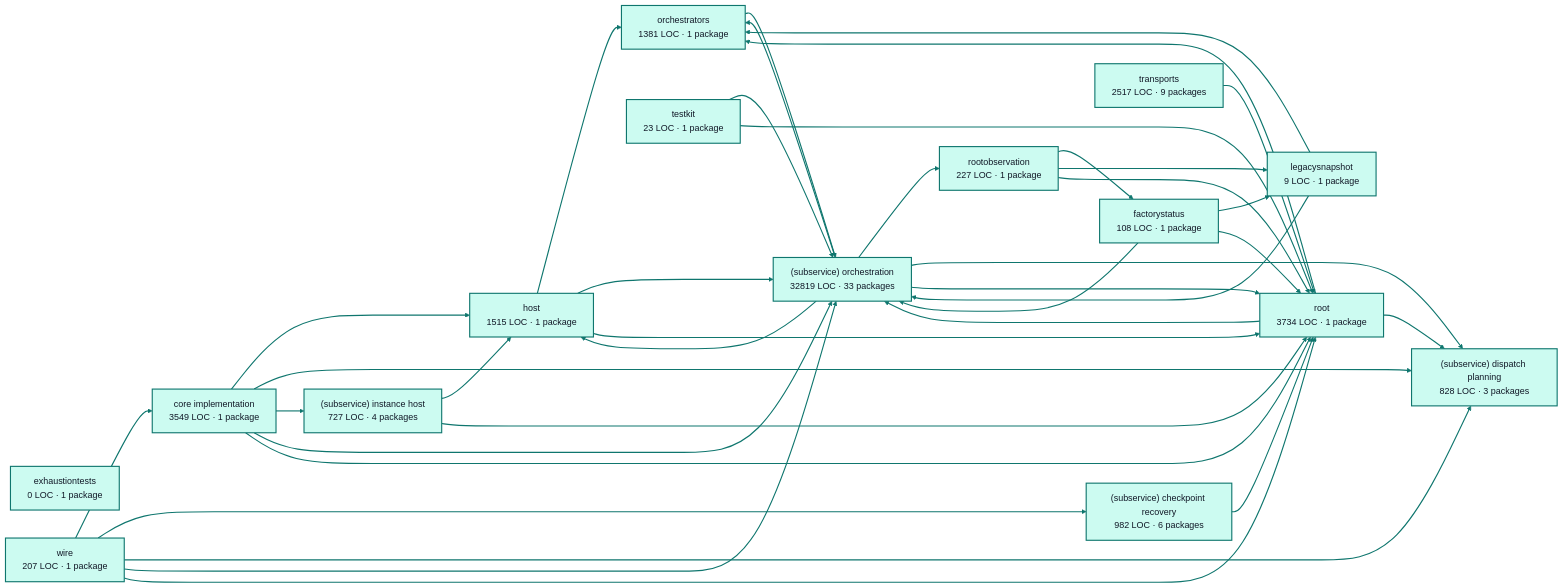
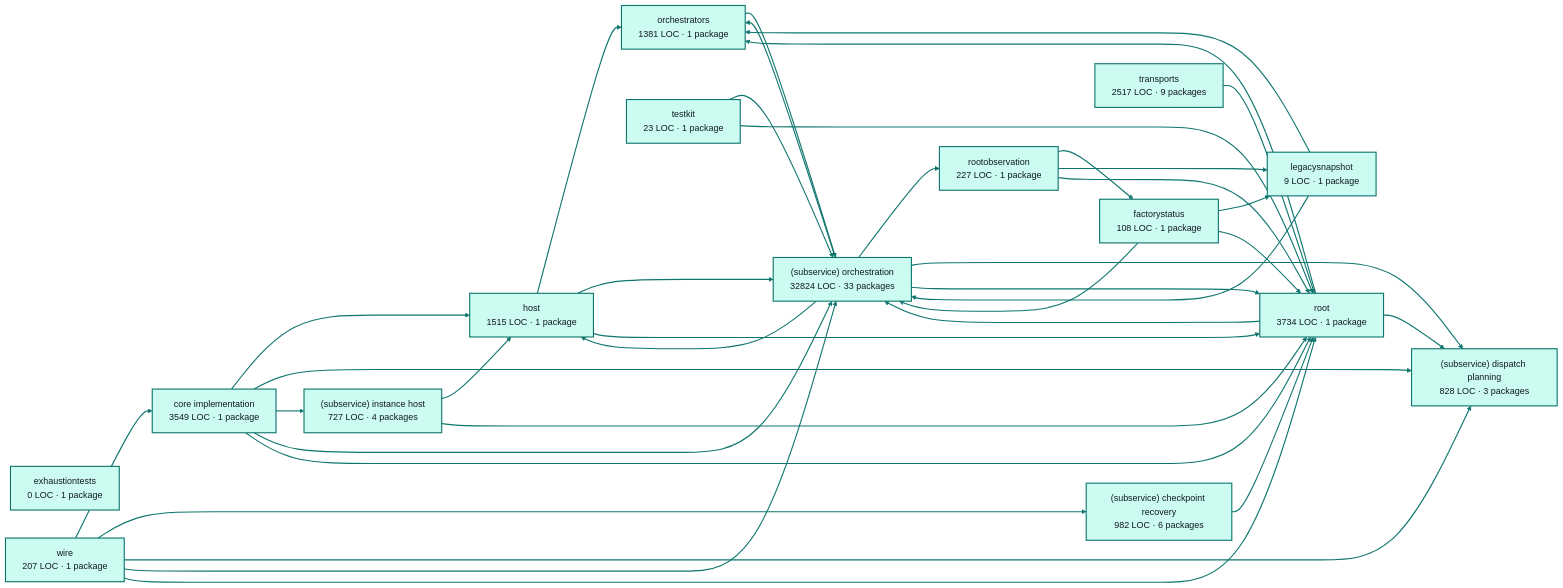
The diagram in docs/architecture/visualizations/services/factory_runtime.md (portpowered/you-agent-factory), drawn with Mermaid before and after one commit. The commit also changed other lines of this file and 20 other files, not shown here.

Commit message:
docs: refresh backend architecture visualizations

````diff
--- a/docs/architecture/visualizations/services/factory_runtime.md
+++ b/docs/architecture/visualizations/services/factory_runtime.md
@@ -11,70 +11,70 @@
 ```mermaid
 flowchart LR
   p0["core implementation<br/>3549 LOC · 1 package"]
   p1["exhaustiontests<br/>0 LOC · 1 package"]
   p2["factorystatus<br/>108 LOC · 1 package"]
   p3["host<br/>1515 LOC · 1 package"]
   p4["legacysnapshot<br/>9 LOC · 1 package"]
   p5["orchestrators<br/>1381 LOC · 1 package"]
   p6["rootobservation<br/>227 LOC · 1 package"]
   p7["(subservice) checkpoint recovery<br/>982 LOC · 6 packages"]
   p8["(subservice) dispatch planning<br/>828 LOC · 3 packages"]
   p9["(subservice) instance host<br/>727 LOC · 4 packages"]
-  p10["(subservice) orchestration<br/>32819 LOC · 33 packages"]
+  p10["(subservice) orchestration<br/>32824 LOC · 33 packages"]
   p11["testkit<br/>23 LOC · 1 package"]
   p12["root<br/>3734 LOC · 1 package"]
   p13["transports<br/>2517 LOC · 9 packages"]
   p14["wire<br/>207 LOC · 1 package"]
   p0 --> p3
   p0 --> p8
   p0 --> p9
   p0 --> p10
   p0 --> p12
   p2 --> p4
   p2 --> p10
   p2 --> p12
   p3 --> p5
   p3 --> p10
   p3 --> p12
   p4 --> p5
   p4 --> p10
   p5 --> p10
   p6 --> p2
   p6 --> p4
   p6 --> p12
   p7 --> p12
   p9 --> p3
   p9 --> p12
   p10 --> p3
   p10 --> p5
   p10 --> p6
   p10 --> p8
   p10 --> p12
   p11 --> p10
   p11 --> p12
   p12 --> p5
   p12 --> p8
   p12 --> p10
   p13 --> p12
   p14 --> p0
   p14 --> p7
   p14 --> p8
   p14 --> p10
   p14 --> p12
   style p0 fill:#ccfbf1,stroke:#0f766e,stroke-width:2px,color:#111827
   style p1 fill:#ccfbf1,stroke:#0f766e,stroke-width:2px,color:#111827
   style p2 fill:#ccfbf1,stroke:#0f766e,stroke-width:2px,color:#111827
   style p3 fill:#ccfbf1,stroke:#0f766e,stroke-width:2px,color:#111827
   style p4 fill:#ccfbf1,stroke:#0f766e,stroke-width:2px,color:#111827
   style p5 fill:#ccfbf1,stroke:#0f766e,stroke-width:2px,color:#111827
   style p6 fill:#ccfbf1,stroke:#0f766e,stroke-width:2px,color:#111827
   style p7 fill:#ccfbf1,stroke:#0f766e,stroke-width:2px,color:#111827
   style p8 fill:#ccfbf1,stroke:#0f766e,stroke-width:2px,color:#111827
   style p9 fill:#ccfbf1,stroke:#0f766e,stroke-width:2px,color:#111827
   style p10 fill:#ccfbf1,stroke:#0f766e,stroke-width:2px,color:#111827
   style p11 fill:#ccfbf1,stroke:#0f766e,stroke-width:2px,color:#111827
   style p12 fill:#ccfbf1,stroke:#0f766e,stroke-width:2px,color:#111827
   style p13 fill:#ccfbf1,stroke:#0f766e,stroke-width:2px,color:#111827
   style p14 fill:#ccfbf1,stroke:#0f766e,stroke-width:2px,color:#111827
   linkStyle default stroke:#0f766e,stroke-width:2px
 ```
````
